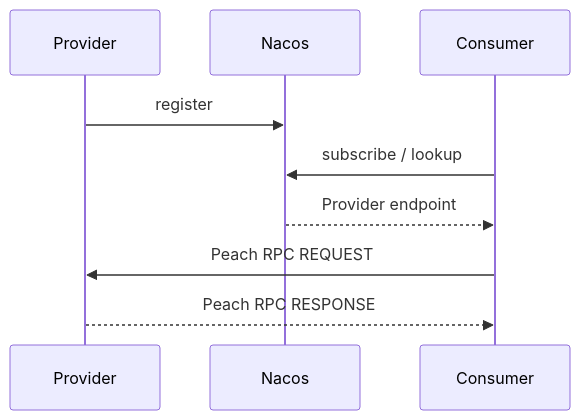
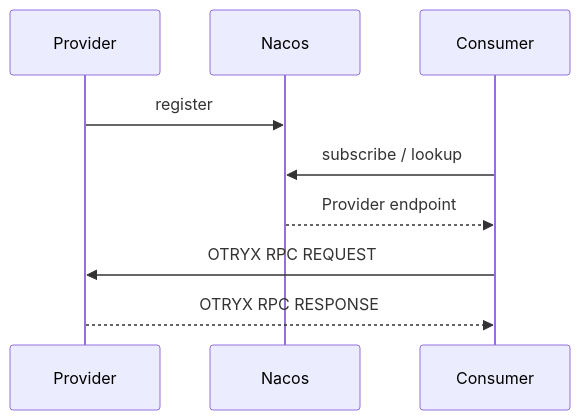
One commit to Ryan-Guizhou/peach-rpc changed the diagram in docs/getting-started.md. Above: the diagram before and after it, drawn with Mermaid. The commit also changed other lines of this file and 339 other files, not shown here.

````diff
--- a/docs/getting-started.md
+++ b/docs/getting-started.md
@@ -79,12 +79,12 @@
 ```mermaid
 sequenceDiagram
     participant P as Provider
     participant N as Nacos
     participant C as Consumer
 
     P->>N: register
     C->>N: subscribe / lookup
     N-->>C: Provider endpoint
-    C->>P: Peach RPC REQUEST
-    P-->>C: Peach RPC RESPONSE
+    C->>P: OTRYX RPC REQUEST
+    P-->>C: OTRYX RPC RESPONSE
 ```
````
